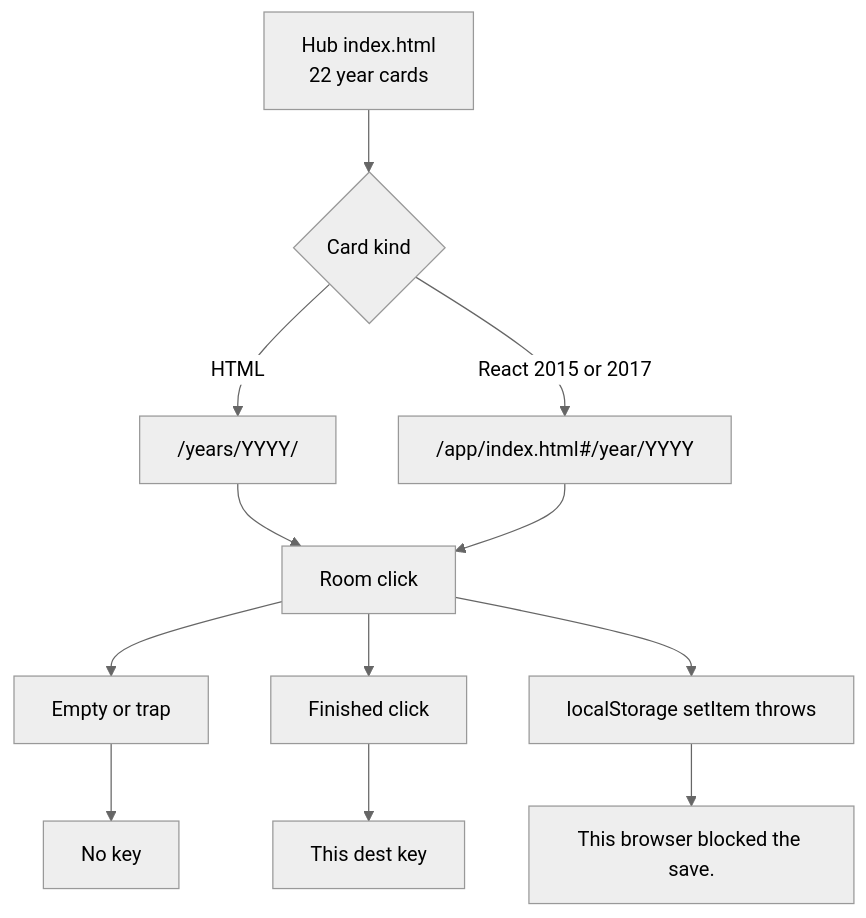
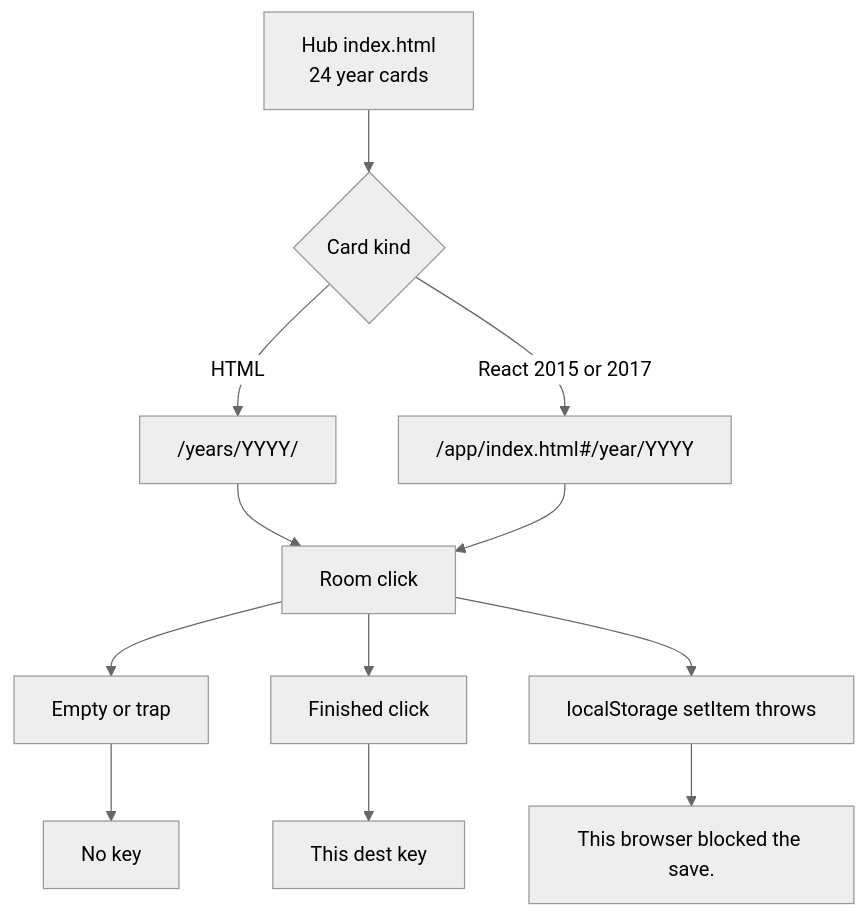
Before and after one commit to sourabhligade/internet-through-time: the first of 5 diagrams in docs/FLOW-CHECK-DIAGRAM.md, drawn with Mermaid (neutral theme). The commit also changed other lines of this file and 1247 other files, not shown here.

First line of the commit message:
Open 2008 and 2011, drop 2022, and keep a 24-year hub.

````diff
--- a/docs/FLOW-CHECK-DIAGRAM.md
+++ b/docs/FLOW-CHECK-DIAGRAM.md
@@ -18,14 +21,14 @@
 ```mermaid
 flowchart TD
- HUB["Hub index.html<br/>22 year cards"] --> KIND{"Card kind"}
+ HUB["Hub index.html<br/>24 year cards"] --> KIND{"Card kind"}
  KIND -->|HTML| YEAR["/years/YYYY/"]
  KIND -->|React 2015 or 2017| REACT["/app/index.html#/year/YYYY"]
  YEAR --> ROOM["Room click"]
  REACT --> ROOM
  ROOM --> EMPTY["Empty or trap"]
  ROOM --> DONE["Finished click"]
  ROOM --> BLOCK["localStorage setItem throws"]
  EMPTY --> NOKEY["No key"]
  DONE --> KEY["This dest key"]
  BLOCK --> MSG["This browser blocked the save."]
 ```
````
